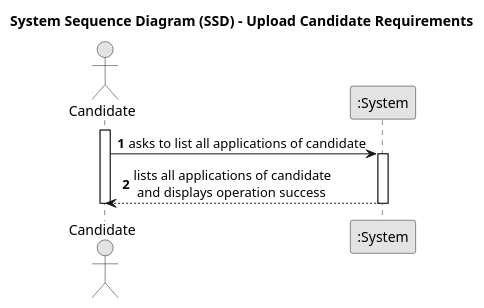
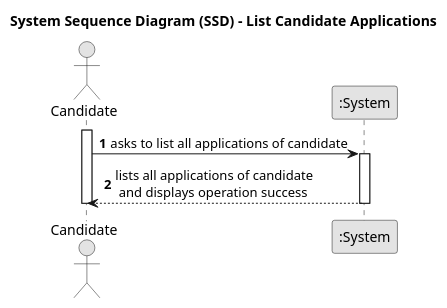
One commit to MiguelCardoso77/LAPR4 changed the diagram in docs/SprintC/9-list-candidate-applications/system-sequence-diagram.puml. Above: the diagram before and after it, drawn with PlantUML. The commit also changed 8 other files, not shown here.

Commit message:
documentation for list all candidate applications #35

```diff
--- a/docs/SprintC/9-list-candidate-applications/system-sequence-diagram.puml
+++ b/docs/SprintC/9-list-candidate-applications/system-sequence-diagram.puml
@@ -1,24 +1,24 @@
 @startuml
 skinparam monochrome true
 skinparam packageStyle rectangle
 skinparam shadowing false
 
-title System Sequence Diagram (SSD) - Upload Candidate Requirements
+title System Sequence Diagram (SSD) - List Candidate Applications
 
 autonumber
 
 actor Candidate as CA
 participant ":System" as System
 
 activate CA
 
     CA -> System : asks to list all applications of candidate
     activate System
 
        System --> CA : lists all applications of candidate \n and displays operation success
 
     deactivate System
 
 deactivate CA
 
 @enduml
```
